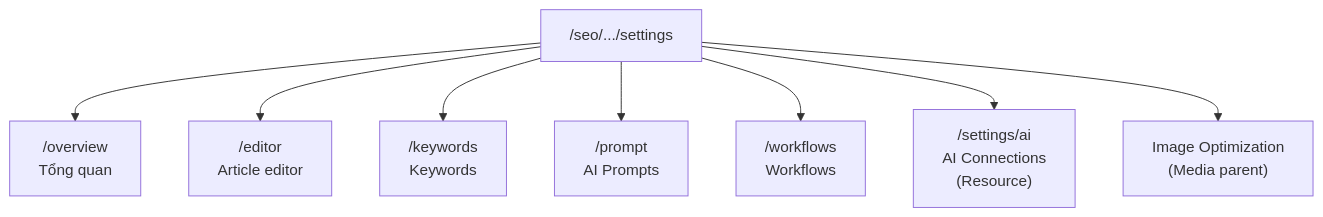
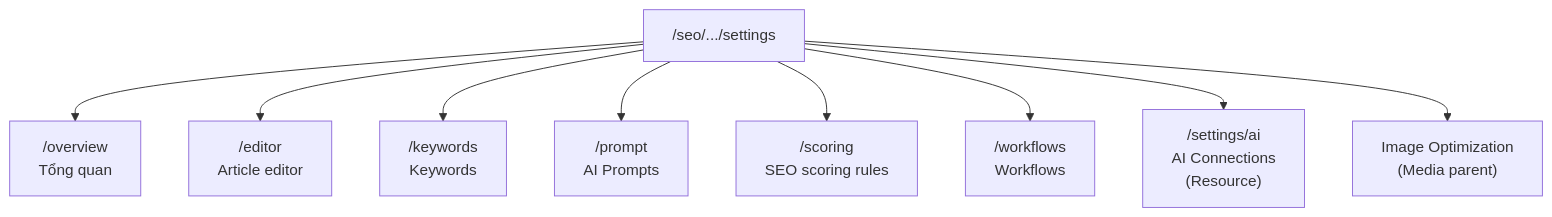
Before and after one commit to trung8356621/omnichannel-backend: the first of 2 diagrams in docs/MAP_SEO_SETTINGS.md, drawn with Mermaid. The commit also changed other lines of this file and 122 other files, not shown here.

````diff
--- a/docs/MAP_SEO_SETTINGS.md
+++ b/docs/MAP_SEO_SETTINGS.md
@@ -17,11 +17,12 @@
 ```mermaid
 flowchart TB
     SETTINGS["/seo/.../settings"]
     SETTINGS --> OVERVIEW["/overview<br/>Tổng quan"]
     SETTINGS --> EDITOR["/editor<br/>Article editor"]
     SETTINGS --> KEYWORDS["/keywords<br/>Keywords"]
     SETTINGS --> PROMPT["/prompt<br/>AI Prompts"]
+    SETTINGS --> SCORING["/scoring<br/>SEO scoring rules"]
     SETTINGS --> WORKFLOWS["/workflows<br/>Workflows"]
     SETTINGS --> AI["/settings/ai<br/>AI Connections<br/>(Resource)"]
     SETTINGS --> IMG["Image Optimization<br/>(Media parent)"]
 ```
````
